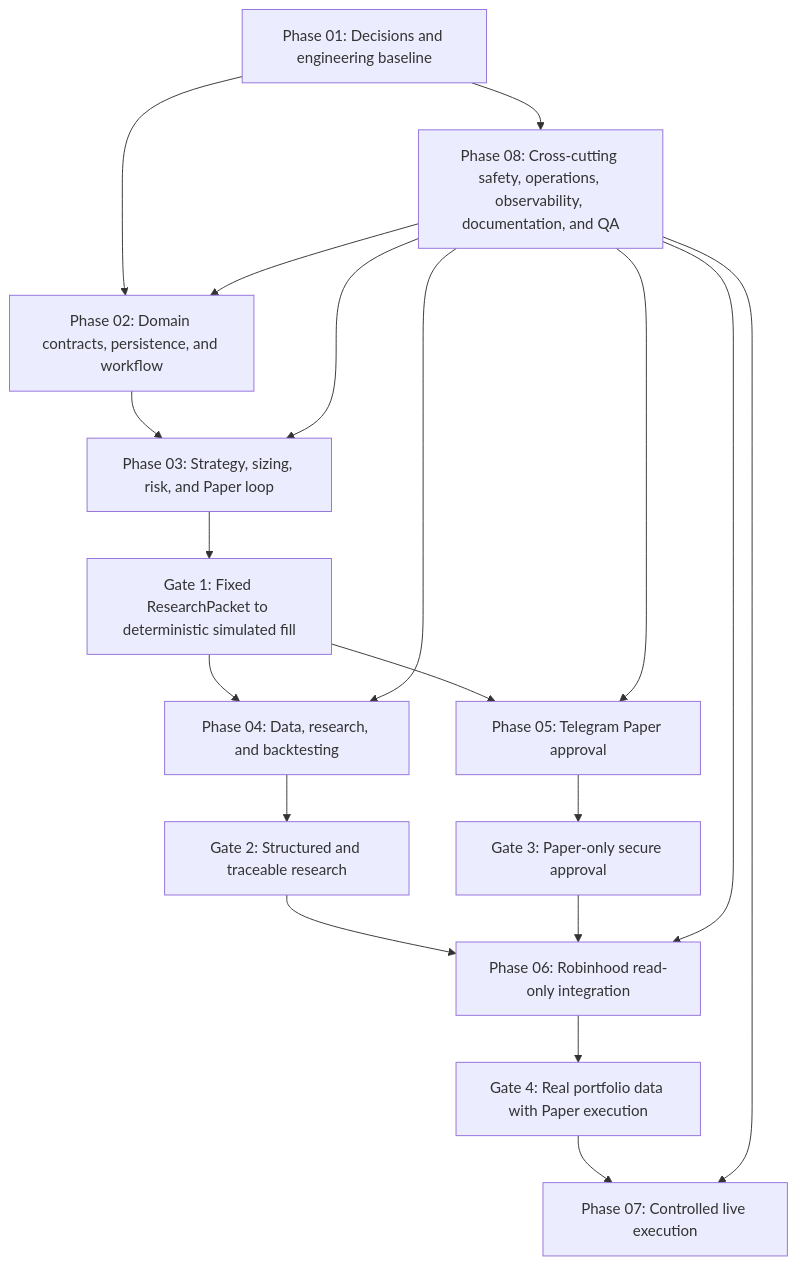
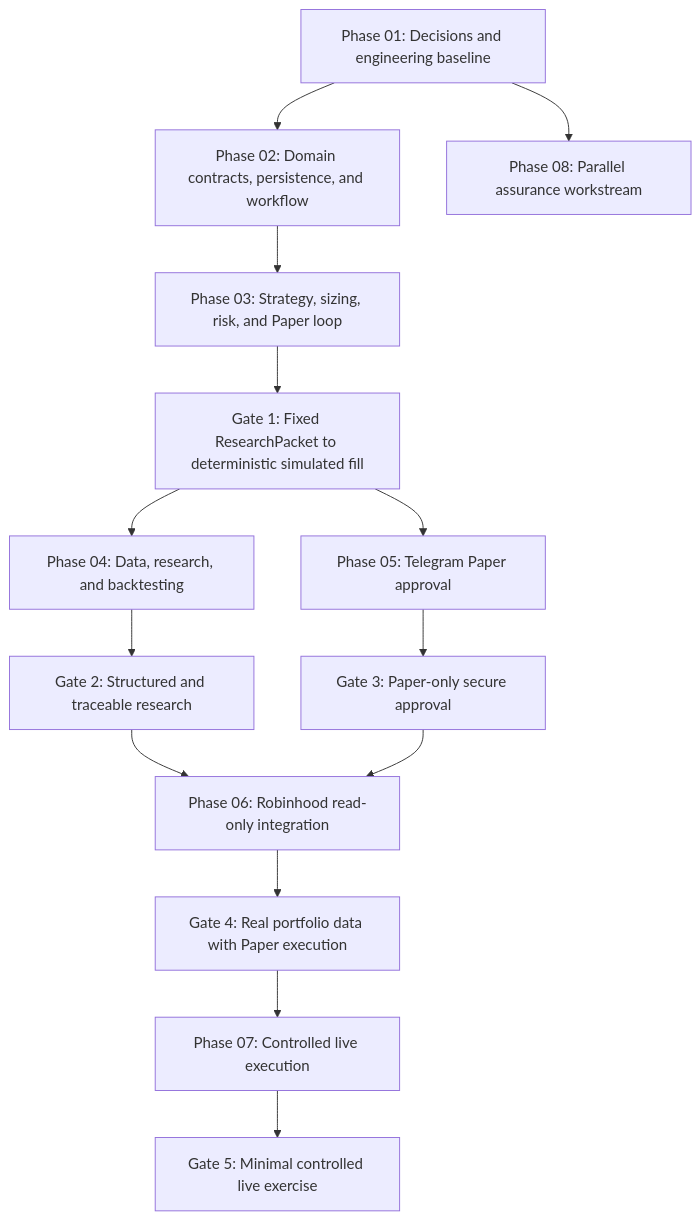
One commit to likefudan/ainvest changed the diagram in IMPLEMENTATION_TODO.md. Above: the diagram before and after it, drawn with Mermaid. The commit also changed other lines of this file and 1 other file, not shown here.

````diff
--- a/IMPLEMENTATION_TODO.md
+++ b/IMPLEMENTATION_TODO.md
@@ -129,21 +160,16 @@
 ```mermaid
 flowchart TD
     P01["Phase 01: Decisions and engineering baseline"] --> P02["Phase 02: Domain contracts, persistence, and workflow"]
     P02 --> P03["Phase 03: Strategy, sizing, risk, and Paper loop"]
     P03 --> G1["Gate 1: Fixed ResearchPacket to deterministic simulated fill"]
     G1 --> P04["Phase 04: Data, research, and backtesting"]
     G1 --> P05["Phase 05: Telegram Paper approval"]
     P04 --> G2["Gate 2: Structured and traceable research"]
     P05 --> G3["Gate 3: Paper-only secure approval"]
     G2 --> P06["Phase 06: Robinhood read-only integration"]
     G3 --> P06
     P06 --> G4["Gate 4: Real portfolio data with Paper execution"]
     G4 --> P07["Phase 07: Controlled live execution"]
-    P01 --> P08["Phase 08: Cross-cutting safety, operations, observability, documentation, and QA"]
-    P08 --> P02
-    P08 --> P03
-    P08 --> P04
-    P08 --> P05
-    P08 --> P06
-    P08 --> P07
+    P07 --> G5["Gate 5: Minimal controlled live exercise"]
+    P01 --> P08["Phase 08: Parallel assurance workstream"]
 ```
````
